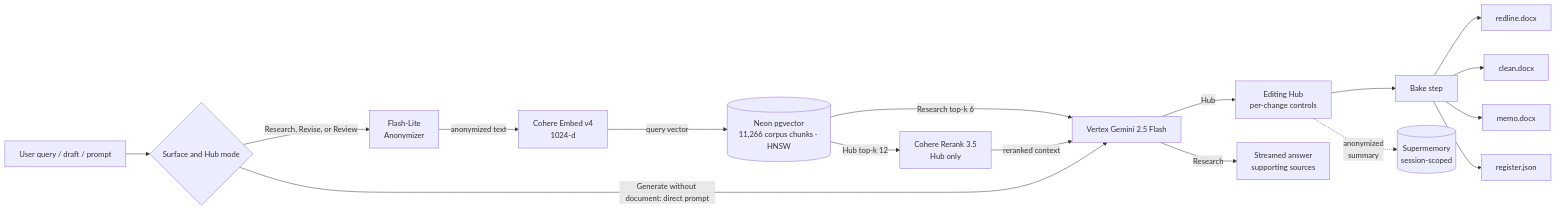
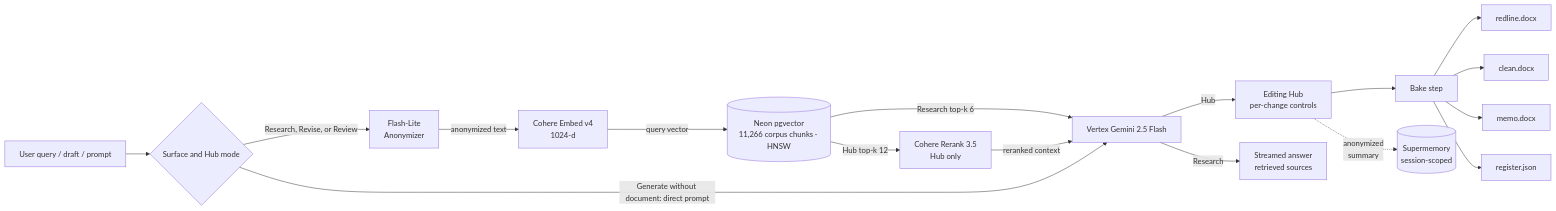
Before and after one commit to nick-battags/LawAgent: the diagram in README.md, drawn with Mermaid. The commit also changed 3 other files, not shown here.

````diff
--- a/README.md
+++ b/README.md
@@ -41,19 +41,19 @@
 ```mermaid
 graph LR
   U[User query / draft / prompt] --> M{Surface and Hub mode}
   M -->|Research, Revise, or Review| AN[Flash-Lite<br/>Anonymizer]
   AN -->|anonymized text| E[Cohere Embed v4<br/>1024-d]
   E -->|query vector| PG[(Neon pgvector<br/>11,266 corpus chunks · HNSW)]
   PG -->|Hub top-k 12| RR[Cohere Rerank 3.5<br/>Hub only]
   PG -->|Research top-k 6| G[Vertex Gemini 2.5 Flash]
   RR -->|reranked context| G
   M -->|Generate without document: direct prompt| G
   G -->|Hub| H[Editing Hub<br/>per-change controls]
-  G -->|Research| S[Streamed answer<br/>supporting sources]
+  G -->|Research| S[Streamed answer<br/>retrieved sources]
   H --> B[Bake step]
   B --> R[redline.docx]
   B --> C[clean.docx]
   B --> MEMO[memo.docx]
   B --> J[register.json]
   H -.->|anonymized<br/>summary| SM[(Supermemory<br/>session-scoped)]
 ```
````
